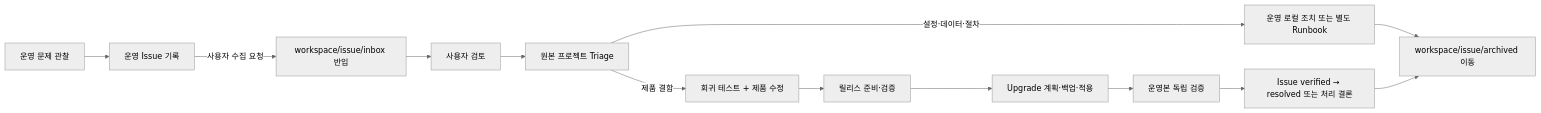
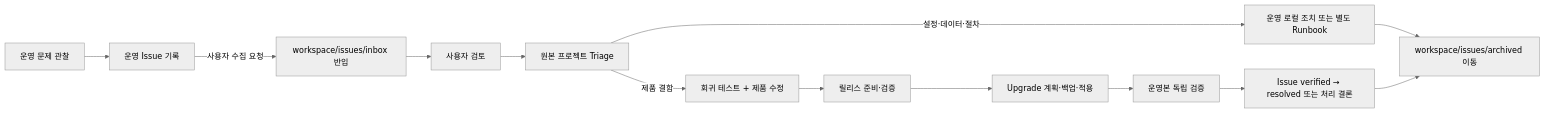
One commit to udgrounder/circled-wiki changed the diagram in workspace/task/31-agent-role-separation-plan.md. Above: the diagram before and after it, drawn with Mermaid (neutral theme). The commit also changed other lines of this file and 25 other files, not shown here.

````diff
--- a/workspace/task/31-agent-role-separation-plan.md
+++ b/workspace/task/31-agent-role-separation-plan.md
@@ -31,15 +31,15 @@
 ```mermaid
 flowchart LR
   O["운영 문제 관찰"] --> I["운영 Issue 기록"]
-  I -->|"사용자 수집 요청"| C["workspace/issue/inbox 반입"]
+  I -->|"사용자 수집 요청"| C["workspace/issues/inbox 반입"]
   C --> U["사용자 검토"]
   U --> T["원본 프로젝트 Triage"]
   T -->|"제품 결함"| E["회귀 테스트 + 제품 수정"]
   T -->|"설정·데이터·절차"| L["운영 로컬 조치 또는 별도 Runbook"]
   E --> R["릴리스 준비·검증"]
   R --> D["Upgrade 계획·백업·적용"]
   D --> V["운영본 독립 검증"]
   V --> S["Issue verified → resolved 또는 처리 결론"]
-  L --> A["workspace/issue/archived 이동"]
+  L --> A["workspace/issues/archived 이동"]
   S --> A
 ```
````
